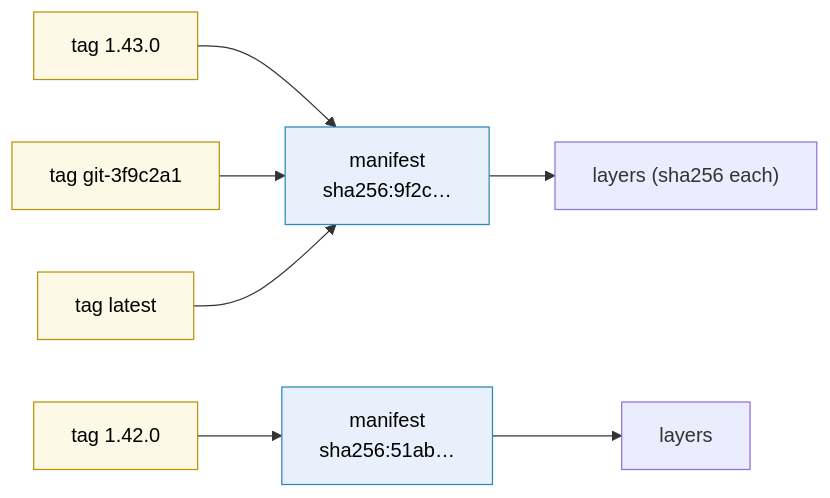
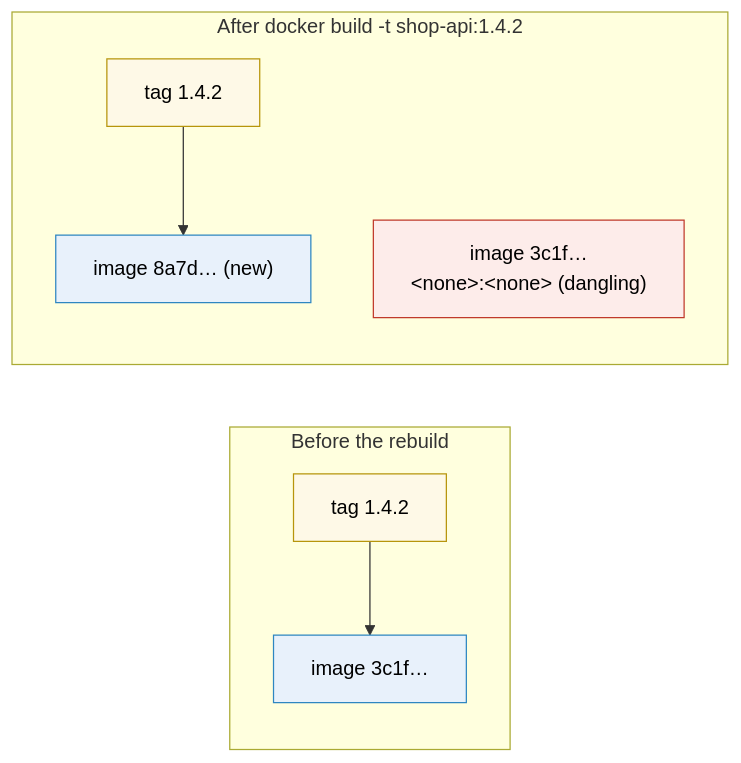
Before and after one commit to IhebBelhadj/second_brain: the first of 3 diagrams in Areas/Containers/Docker image tags.md, drawn with Mermaid. The commit also changed other lines of this file and 2 other files, not shown here.

````diff
--- a/Areas/Containers/Docker image tags.md
+++ b/Areas/Containers/Docker image tags.md
@@ -30,14 +93,17 @@
 ```mermaid
 flowchart LR
-    T1["tag 1.43.0"] --> M1["manifest<br/>sha256:9f2c…"]
-    T2["tag git-3f9c2a1"] --> M1
-    T3["tag latest"] --> M1
-    T4["tag 1.42.0"] --> M0["manifest<br/>sha256:51ab…"]
-    M1 --> LA["layers (sha256 each)"]
-    M0 --> LB["layers"]
+    subgraph Before["Before the rebuild"]
+        T1["tag 1.4.2"] --> I1["image 3c1f…"]
+    end
+    subgraph After["After docker build -t shop-api:1.4.2"]
+        T2["tag 1.4.2"] --> I2["image 8a7d… (new)"]
+        I3["image 3c1f…<br/>&lt;none&gt;:&lt;none&gt; (dangling)"]
+    end
 
     classDef tag fill:#fef9e7,stroke:#b7950b,color:#000
-    classDef dig fill:#e8f1fb,stroke:#2e86c1,color:#000
-    class T1,T2,T3,T4 tag
-    class M1,M0 dig
+    classDef img fill:#e8f1fb,stroke:#2e86c1,color:#000
+    classDef lost fill:#fdecea,stroke:#c0392b,color:#000
+    class T1,T2 tag
+    class I1,I2 img
+    class I3 lost
 ```
````
